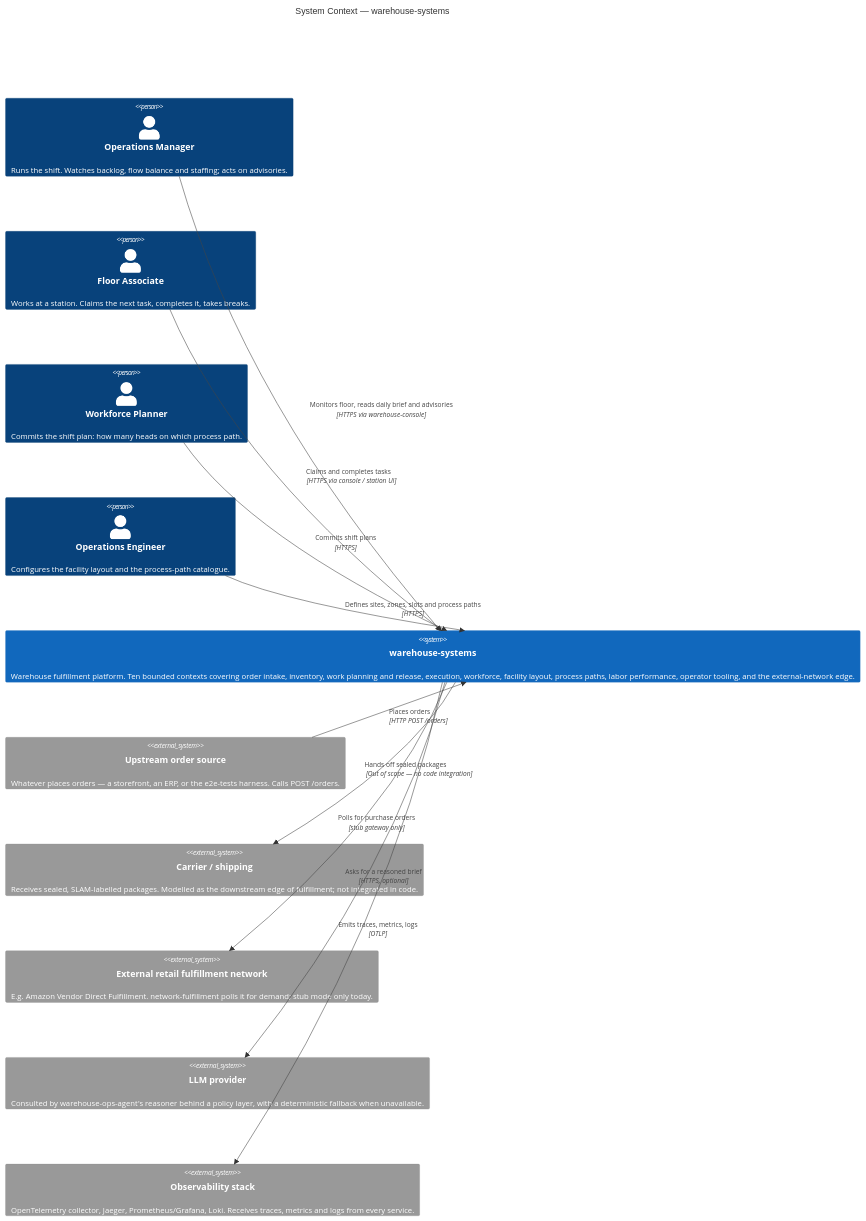
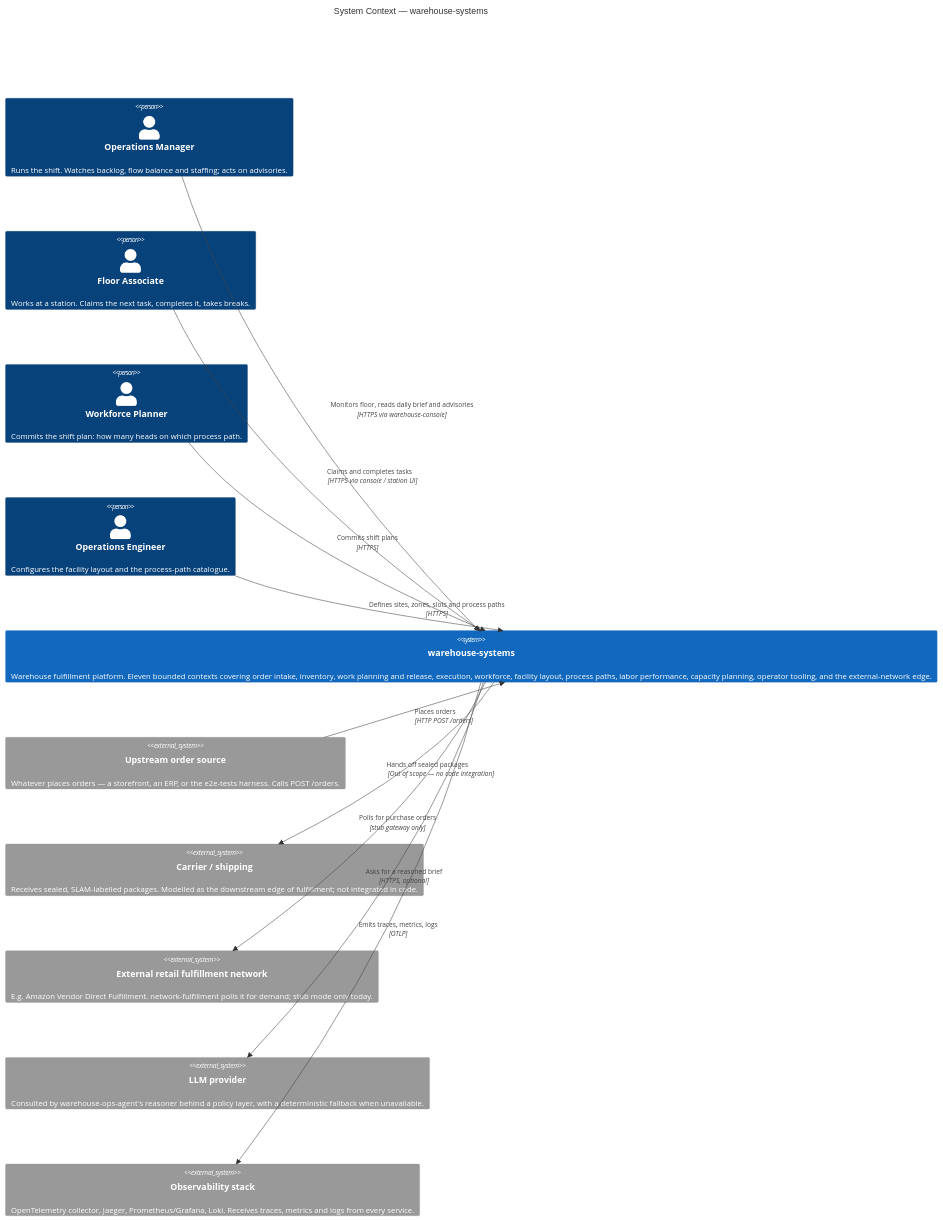
The diagram in docs/architecture/system-context.md (IQVO/warehouse-docs), drawn with Mermaid before and after one commit. The commit also changed 80 other files, not shown here.

First line of the commit message:
docs: add warehouse-planning bounded context (#19)

````diff
--- a/docs/architecture/system-context.md
+++ b/docs/architecture/system-context.md
@@ -15,30 +15,30 @@
 ```mermaid
 C4Context
     title System Context — warehouse-systems
 
     Person(opsManager, "Operations Manager", "Runs the shift. Watches backlog, flow balance and staffing; acts on advisories.")
     Person(associate, "Floor Associate", "Works at a station. Claims the next task, completes it, takes breaks.")
     Person(planner, "Workforce Planner", "Commits the shift plan: how many heads on which process path.")
     Person(configurator, "Operations Engineer", "Configures the facility layout and the process-path catalogue.")
 
-    System(wh, "warehouse-systems", "Warehouse fulfillment platform. Ten bounded contexts covering order intake, inventory, work planning and release, execution, workforce, facility layout, process paths, labor performance, operator tooling, and the external-network edge.")
+    System(wh, "warehouse-systems", "Warehouse fulfillment platform. Eleven bounded contexts covering order intake, inventory, work planning and release, execution, workforce, facility layout, process paths, labor performance, capacity planning, operator tooling, and the external-network edge.")
 
     System_Ext(upstream, "Upstream order source", "Whatever places orders — a storefront, an ERP, or the e2e-tests harness. Calls POST /orders.")
     System_Ext(carrier, "Carrier / shipping", "Receives sealed, SLAM-labelled packages. Modelled as the downstream edge of fulfillment; not integrated in code.")
     System_Ext(network, "External retail fulfillment network", "E.g. Amazon Vendor Direct Fulfillment. network-fulfillment polls it for demand; stub mode only today.")
     System_Ext(llm, "LLM provider", "Consulted by warehouse-ops-agent's reasoner behind a policy layer, with a deterministic fallback when unavailable.")
     System_Ext(observability, "Observability stack", "OpenTelemetry collector, Jaeger, Prometheus/Grafana, Loki. Receives traces, metrics and logs from every service.")
 
     Rel(upstream, wh, "Places orders", "HTTP POST /orders")
     Rel(associate, wh, "Claims and completes tasks", "HTTPS via console / station UI")
     Rel(opsManager, wh, "Monitors floor, reads daily brief and advisories", "HTTPS via warehouse-console")
     Rel(planner, wh, "Commits shift plans", "HTTPS")
     Rel(configurator, wh, "Defines sites, zones, slots and process paths", "HTTPS")
 
     Rel(wh, network, "Polls for purchase orders", "stub gateway only")
     Rel(wh, llm, "Asks for a reasoned brief", "HTTPS, optional")
     Rel(wh, observability, "Emits traces, metrics, logs", "OTLP")
     Rel(wh, carrier, "Hands off sealed packages", "Out of scope — no code integration")
 
     UpdateLayoutConfig($c4ShapeInRow="2", $c4BoundaryInRow="1")
 ```
````
